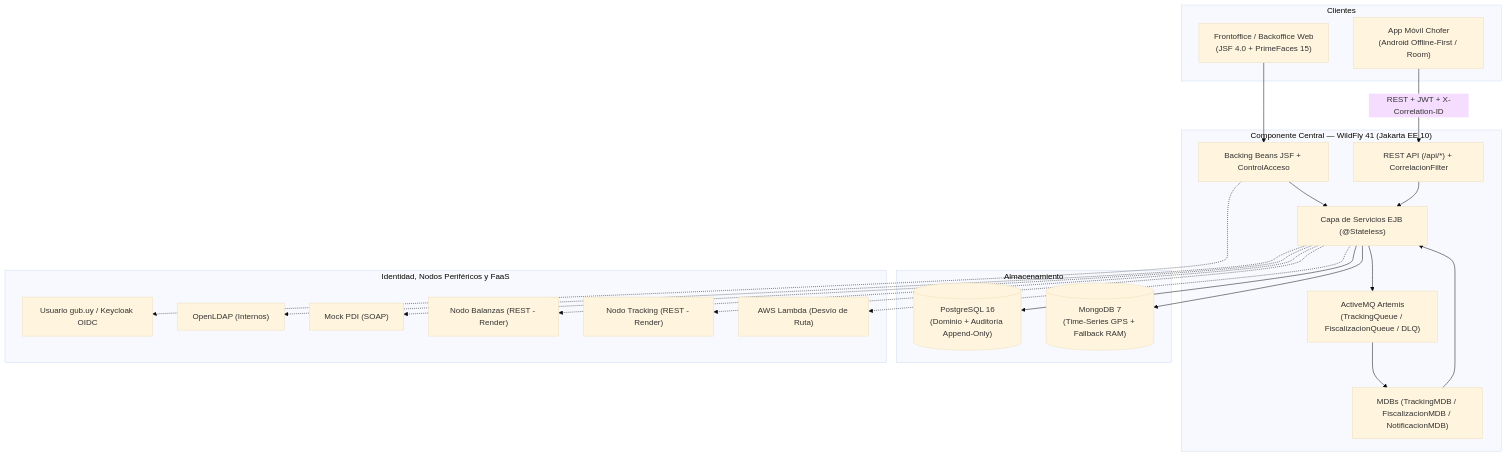
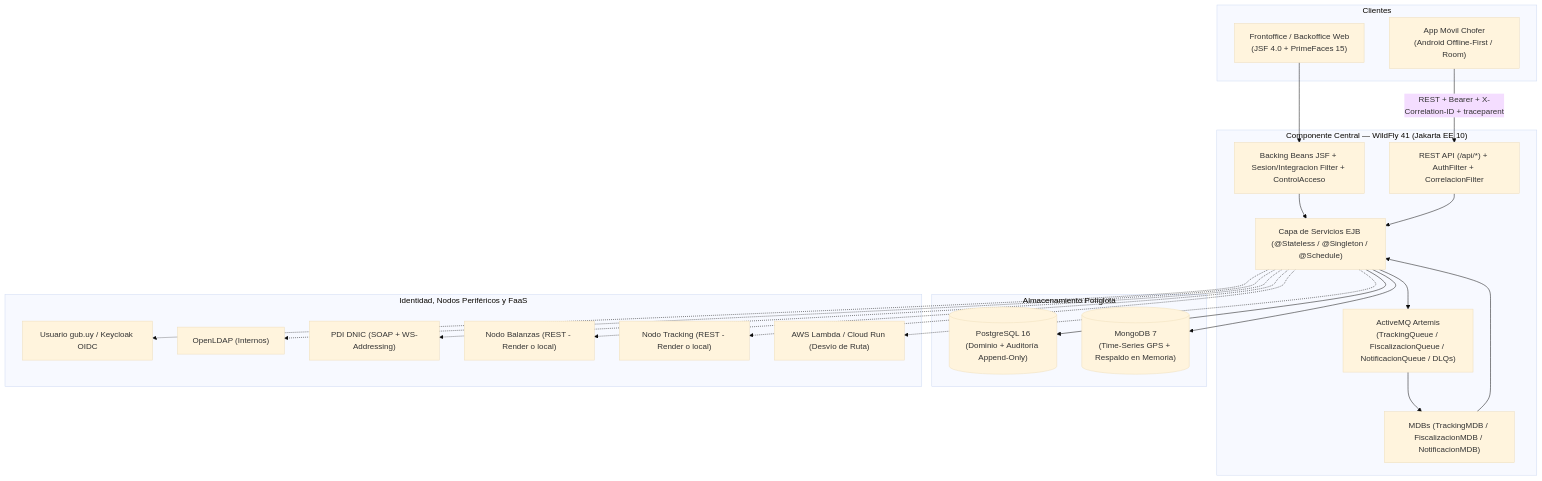
One commit to Valentino217/CargaUY---TSE changed the first of 3 diagrams in ARCHITECTURE.md. Above: the diagram before and after it, drawn with Mermaid (base theme). The commit also changed other lines of this file and 21 other files, not shown here.

Commit message:
Cambios de grafo de tracking y errores con el nodo

````diff
--- a/ARCHITECTURE.md
+++ b/ARCHITECTURE.md
@@ -15,45 +16,45 @@
 ```mermaid
 flowchart TB
     subgraph Clientes
         WEB["Frontoffice / Backoffice Web\n(JSF 4.0 + PrimeFaces 15)"]
         MOB["App Móvil Chofer\n(Android Offline-First / Room)"]
     end
 
     subgraph Central["Componente Central — WildFly 41 (Jakarta EE 10)"]
-        API["REST API (/api/*) + CorrelacionFilter"]
-        JSF["Backing Beans JSF + ControlAcceso"]
-        EJB["Capa de Servicios EJB (@Stateless)"]
-        JMS["ActiveMQ Artemis\n(TrackingQueue / FiscalizacionQueue / DLQ)"]
+        API["REST API (/api/*) + AuthFilter + CorrelacionFilter"]
+        JSF["Backing Beans JSF + Sesion/Integracion Filter + ControlAcceso"]
+        EJB["Capa de Servicios EJB (@Stateless / @Singleton / @Schedule)"]
+        JMS["ActiveMQ Artemis\n(TrackingQueue / FiscalizacionQueue / NotificacionQueue / DLQs)"]
         MDB["MDBs (TrackingMDB / FiscalizacionMDB / NotificacionMDB)"]
     end
 
-    subgraph Datos["Almacenamiento"]
+    subgraph Datos["Almacenamiento Políglota"]
         PG[("PostgreSQL 16\n(Dominio + Auditoría Append-Only)")]
-        MG[("MongoDB 7\n(Time-Series GPS + Fallback RAM)")]
+        MG[("MongoDB 7\n(Time-Series GPS + Respaldo en Memoria)")]
     end
 
     subgraph Externos["Identidad, Nodos Periféricos y FaaS"]
         GUB["Usuario gub.uy / Keycloak OIDC"]
         LDAP["OpenLDAP (Internos)"]
-        PDI["Mock PDI (SOAP)"]
-        BAL["Nodo Balanzas (REST - Render)"]
-        TRK["Nodo Tracking (REST - Render)"]
-        FAAS["AWS Lambda (Desvío de Ruta)"]
+        PDI["PDI DNIC (SOAP + WS-Addressing)"]
+        BAL["Nodo Balanzas (REST - Render o local)"]
+        TRK["Nodo Tracking (REST - Render o local)"]
+        FAAS["AWS Lambda / Cloud Run (Desvío de Ruta)"]
     end
 
     WEB --> JSF
-    MOB -->|"REST + JWT + X-Correlation-ID"| API
+    MOB -->|"REST + Bearer + X-Correlation-ID + traceparent"| API
     JSF --> EJB
     API --> EJB
     EJB --> JMS
     JMS --> MDB
     MDB --> EJB
     EJB --> PG
     EJB --> MG
-    JSF -.-> GUB
+    EJB -.-> GUB
     EJB -.-> LDAP
     EJB -.-> PDI
     EJB -.-> BAL
     EJB -.-> TRK
     EJB -.-> FAAS
 ```
````
